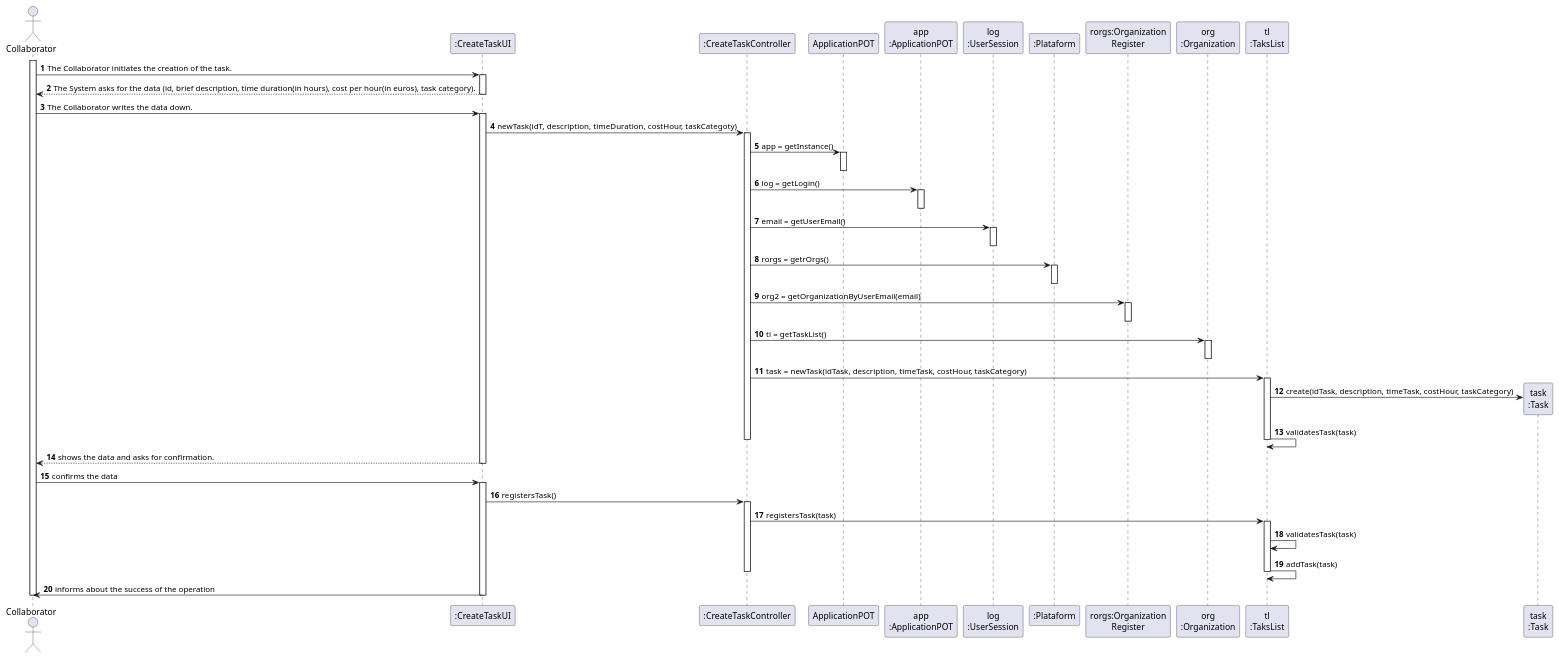
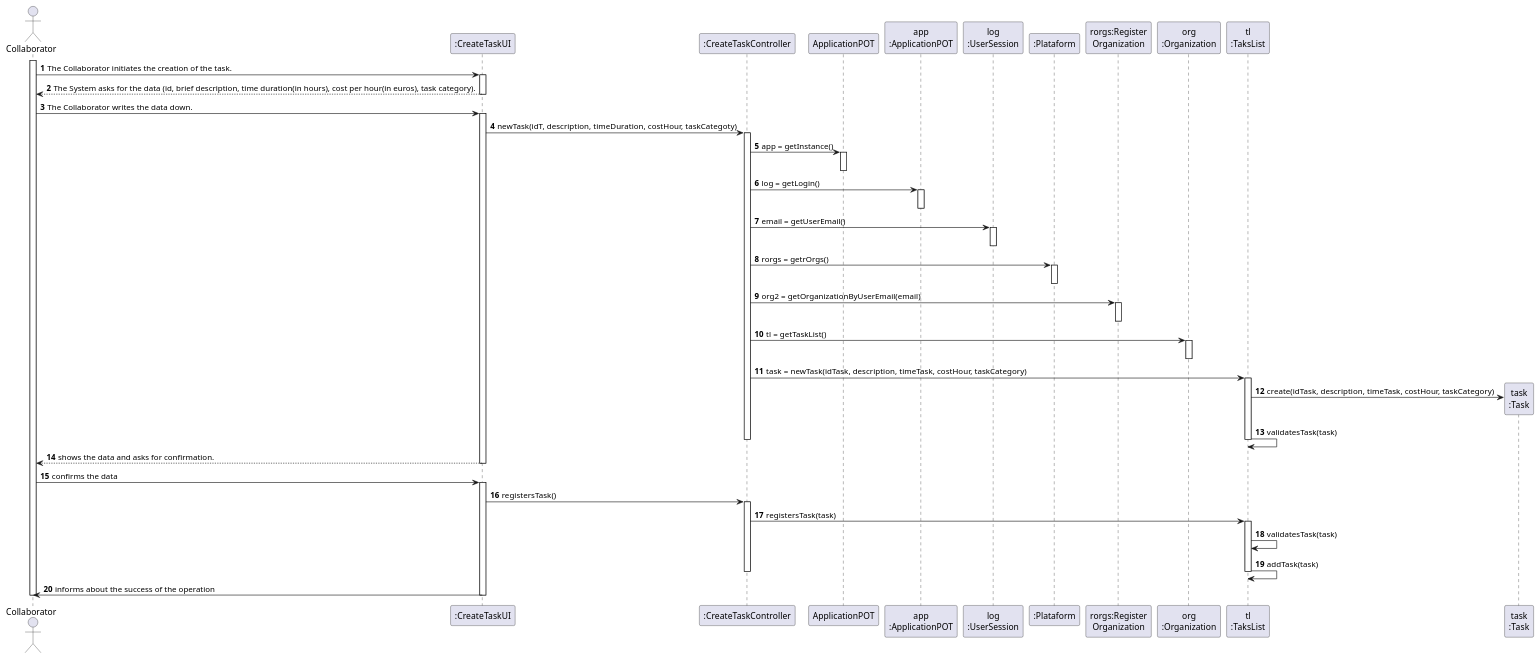
Before and after one commit to 1190452/LAPR2: the diagram in docs/UC2 - Create Task/UC2_SD.puml, drawn with PlantUML. The commit also changed 1 other file, not shown here.

```diff
--- a/docs/UC2 - Create Task/UC2_SD.puml
+++ b/docs/UC2 - Create Task/UC2_SD.puml
@@ -1,87 +1,87 @@
 @startuml
 autonumber
 'hide footbox
 actor "Collaborator" as ADM
 
 participant ":CreateTaskUI" as UI
 participant ":CreateTaskController" as CTRL
 participant "ApplicationPOT" as _APP
 participant "app\n:ApplicationPOT" as APP
 participant "log\n:UserSession" as SESSAO
 participant ":Plataform" as PLAT
-participant "rorgs:Organization\nRegister" as RORGS
+participant "rorgs:Register\nOrganization" as RORGS
 participant "org\n:Organization" as ORG
 participant "tl\n:TaksList" as LTASKS
 participant "task\n:Task" as TAREFA
 
 
 activate ADM
 ADM -> UI : The Collaborator initiates the creation of the task.
 activate UI
 UI --> ADM : The System asks for the data (id, brief description, time duration(in hours), cost per hour(in euros), task category).
 deactivate UI
 
 ADM -> UI : The Collaborator writes the data down.
 activate UI
 
 UI -> CTRL : newTask(idT, description, timeDuration, costHour, taskCategoty)
 activate CTRL
 
 CTRL -> _APP : app = getInstance()
 activate _APP
 deactivate _APP
 
 CTRL -> APP : log = getLogin()
 activate APP
 deactivate APP
 
 CTRL -> SESSAO : email = getUserEmail()
 activate SESSAO
 deactivate SESSAO
 
 CTRL -> PLAT : rorgs = getrOrgs()
 activate PLAT
 deactivate PLAT
 
 CTRL -> RORGS : org2 = getOrganizationByUserEmail(email)
 activate RORGS
 deactivate RORGS
 
 CTRL -> ORG : tl = getTaskList()
 activate ORG
 deactivate ORG
 
 CTRL -> LTASKS : task = newTask(idTask, description, timeTask, costHour, taskCategory)
 activate LTASKS
 
 LTASKS -> TAREFA** : create(idTask, description, timeTask, costHour, taskCategory)
 
 LTASKS -> LTASKS : validatesTask(task)
 
 deactivate CTRL
 deactivate LTASKS
 
 UI --> ADM : shows the data and asks for confirmation.
 deactivate UI
 
 ADM -> UI : confirms the data
 activate UI
 
 UI -> CTRL : registersTask()
 activate CTRL
 
 CTRL -> LTASKS : registersTask(task)
 activate LTASKS
 
 LTASKS -> LTASKS : validatesTask(task)
 LTASKS -> LTASKS : addTask(task)
 deactivate LTASKS
 deactivate CTRL
 
 UI -> ADM : informs about the success of the operation
 deactivate UI
 deactivate ADM
 
 
 
 @enduml
```
